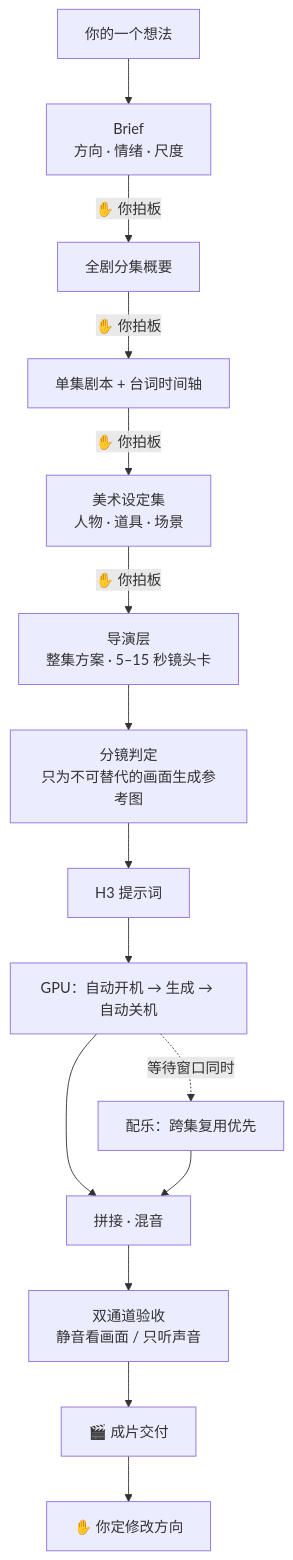
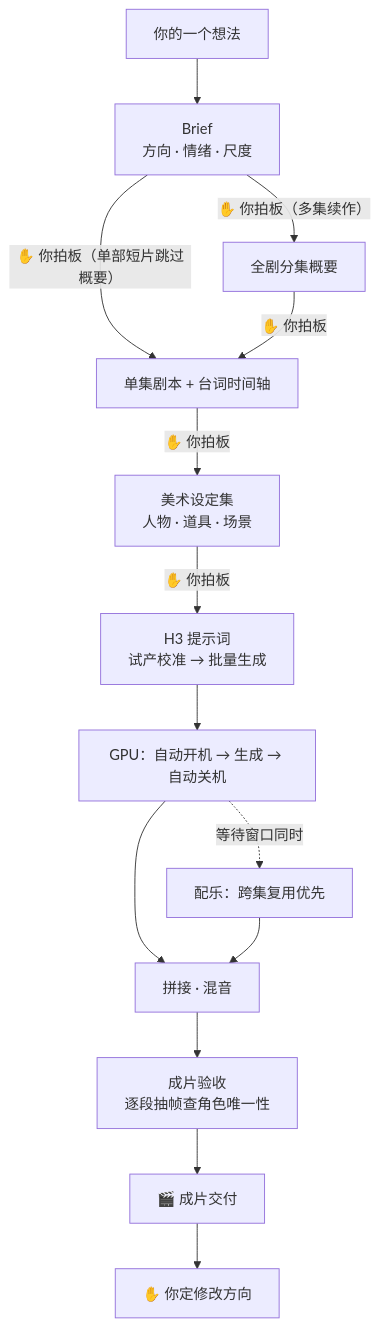
The diagram in docs/短剧创作指南.md (mini-yifan/open-source-video-gen-skill), drawn with Mermaid before and after one commit. The commit also changed other lines of this file and 26 other files, not shown here.

````diff
--- a/docs/短剧创作指南.md
+++ b/docs/短剧创作指南.md
@@ -38,17 +38,16 @@
 ```mermaid
 flowchart TD
     U["你的一个想法"] --> A["Brief<br/>方向 · 情绪 · 尺度"]
-    A -->|"✋ 你拍板"| B[全剧分集概要]
-    B -->|"✋ 你拍板"| C[单集剧本 + 台词时间轴]
+    A -->|"✋ 你拍板（多集续作）"| B[全剧分集概要]
+    A -->|"✋ 你拍板（单部短片跳过概要）"| C[单集剧本 + 台词时间轴]
+    B -->|"✋ 你拍板"| C
     C -->|"✋ 你拍板"| D[美术设定集<br/>人物 · 道具 · 场景]
-    D -->|"✋ 你拍板"| E["导演层<br/>整集方案 · 5–15 秒镜头卡"]
-    E --> F[分镜判定<br/>只为不可替代的画面生成参考图]
-    F --> G[H3 提示词]
-    G --> H["GPU：自动开机 → 生成 → 自动关机"]
-    H -.等待窗口同时.-> M[配乐：跨集复用优先]
-    H --> I[拼接 · 混音]
+    D -->|"✋ 你拍板"| E[H3 提示词<br/>试产校准 → 批量生成]
+    E --> F["GPU：自动开机 → 生成 → 自动关机"]
+    F -.等待窗口同时.-> M[配乐：跨集复用优先]
+    F --> I[拼接 · 混音]
     M --> I
-    I --> J[双通道验收<br/>静音看画面 / 只听声音]
+    I --> J[成片验收<br/>逐段抽帧查角色唯一性]
     J --> K[🎬 成片交付]
     K --> L["✋ 你定修改方向"]
 ```
````
